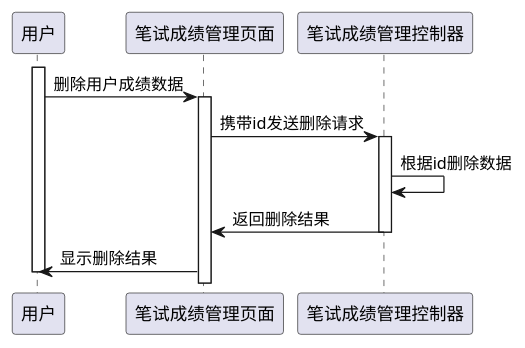
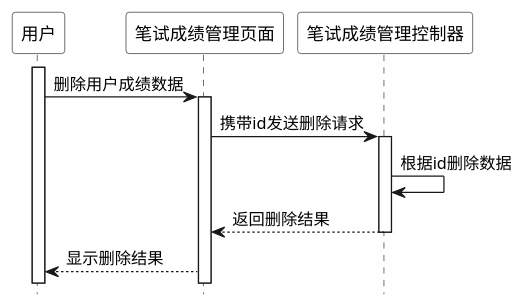
One commit to coderyjc/certificate_analysis changed the diagram in resouces/drawio/UML_Sequence/manage-written/delete.puml. Above: the diagram before and after it, drawn with PlantUML. The commit also changed 12 other files, not shown here.

Commit message:
更新UML序列图

```diff
--- a/resouces/drawio/UML_Sequence/manage-written/delete.puml
+++ b/resouces/drawio/UML_Sequence/manage-written/delete.puml
@@ -1,23 +1,28 @@
 @startuml written_delete
+
+hide footbox
+skinparam sequence {
+  ParticipantBackgroundColor #ffffff
+  ParticipantFontColor #000000
+}
 
 participant 用户
 participant 笔试成绩管理页面
 participant 笔试成绩管理控制器
 
 
 activate 用户
 用户 -> 笔试成绩管理页面: 删除用户成绩数据
 activate 笔试成绩管理页面
 
 笔试成绩管理页面 -> 笔试成绩管理控制器: 携带id发送删除请求
 activate 笔试成绩管理控制器
 
 笔试成绩管理控制器 -> 笔试成绩管理控制器: 根据id删除数据
 
-笔试成绩管理控制器 -> 笔试成绩管理页面: 返回删除结果
+笔试成绩管理控制器 --> 笔试成绩管理页面: 返回删除结果
 deactivate 笔试成绩管理控制器
 
-笔试成绩管理页面 -> 用户: 显示删除结果
-deactivate 用户
+笔试成绩管理页面 --> 用户: 显示删除结果
 
 @enduml
```
